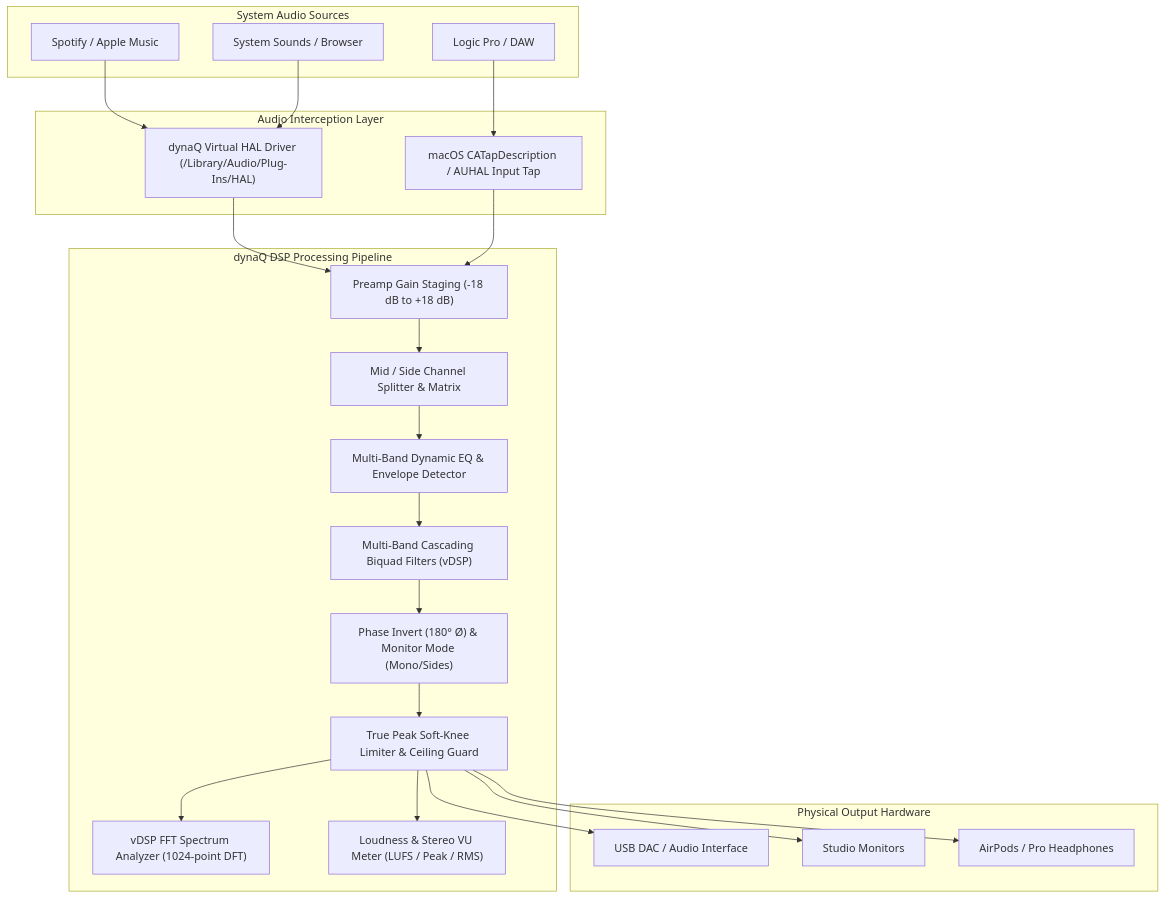
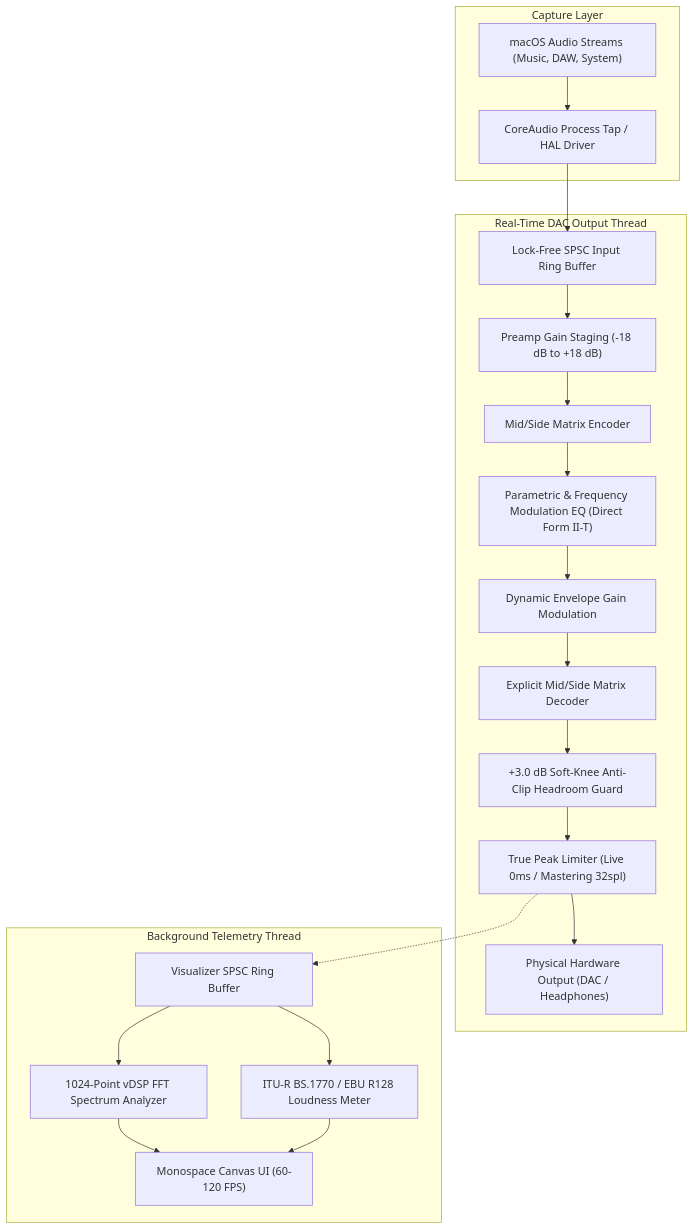
The diagram in README.md (Gabe-Macri/dynaQ), drawn with Mermaid before and after one commit. The commit also changed other lines of this file and 8 other files, not shown here.

````diff
--- a/README.md
+++ b/README.md
@@ -54,49 +40,26 @@
 ```mermaid
 flowchart TD
-    subgraph System Audio Sources
-        App1["Spotify / Apple Music"]
-        App2["Logic Pro / DAW"]
-        App3["System Sounds / Browser"]
+    subgraph Capture Layer
+        SysAudio["macOS Audio Streams (Music, DAW, System)"] --> Tap["CoreAudio Process Tap / HAL Driver"]
     end
 
-    subgraph Audio Interception Layer
-        HAL["dynaQ Virtual HAL Driver (/Library/Audio/Plug-Ins/HAL)"]
-        Tap["macOS CATapDescription / AUHAL Input Tap"]
+    subgraph Real-Time DAC Output Thread
+        Tap --> SPSC_In["Lock-Free SPSC Input Ring Buffer"]
+        SPSC_In --> Preamp["Preamp Gain Staging (-18 dB to +18 dB)"]
+        Preamp --> MSEnc["Mid/Side Matrix Encoder"]
+        MSEnc --> FMEQ["Parametric & Frequency Modulation EQ (Direct Form II-T)"]
+        FMEQ --> DynEQ["Dynamic Envelope Gain Modulation"]
+        DynEQ --> MSDec["Explicit Mid/Side Matrix Decoder"]
+        MSDec --> Headroom["+3.0 dB Soft-Knee Anti-Clip Headroom Guard"]
+        Headroom --> Limiter["True Peak Limiter (Live 0ms / Mastering 32spl)"]
+        Limiter --> DAC["Physical Hardware Output (DAC / Headphones)"]
     end
 
-    subgraph dynaQ DSP Processing Pipeline
-        Preamp["Preamp Gain Staging (-18 dB to +18 dB)"]
-        MS["Mid / Side Channel Splitter & Matrix"]
-        DynamicEQ["Multi-Band Dynamic EQ & Envelope Detector"]
-        ParametricEQ["Multi-Band Cascading Biquad Filters (vDSP)"]
-        Phase["Phase Invert (180° Ø) & Monitor Mode (Mono/Sides)"]
-        Limiter["True Peak Soft-Knee Limiter & Ceiling Guard"]
-        FFT["vDSP FFT Spectrum Analyzer (1024-point DFT)"]
-        Meters["Loudness & Stereo VU Meter (LUFS / Peak / RMS)"]
+    subgraph Background Telemetry Thread
+        Limiter -.-> VisSPSC["Visualizer SPSC Ring Buffer"]
+        VisSPSC --> FFT["1024-Point vDSP FFT Spectrum Analyzer"]
+        VisSPSC --> LUFS["ITU-R BS.1770 / EBU R128 Loudness Meter"]
+        FFT --> UI["Monospace Canvas UI (60-120 FPS)"]
+        LUFS --> UI
     end
-
-    subgraph Physical Output Hardware
-        DAC["USB DAC / Audio Interface"]
-        Monitors["Studio Monitors"]
-        Headphones["AirPods / Pro Headphones"]
-    end
-
-    App1 --> HAL
-    App2 --> Tap
-    App3 --> HAL
-
-    HAL --> Preamp
-    Tap --> Preamp
-
-    Preamp --> MS
-    MS --> DynamicEQ
-    DynamicEQ --> ParametricEQ
-    ParametricEQ --> Phase
-    Phase --> Limiter
-    Limiter --> FFT
-    Limiter --> Meters
-
-    Limiter --> DAC
-    Limiter --> Monitors
-    Limiter --> Headphones
 ```
````
